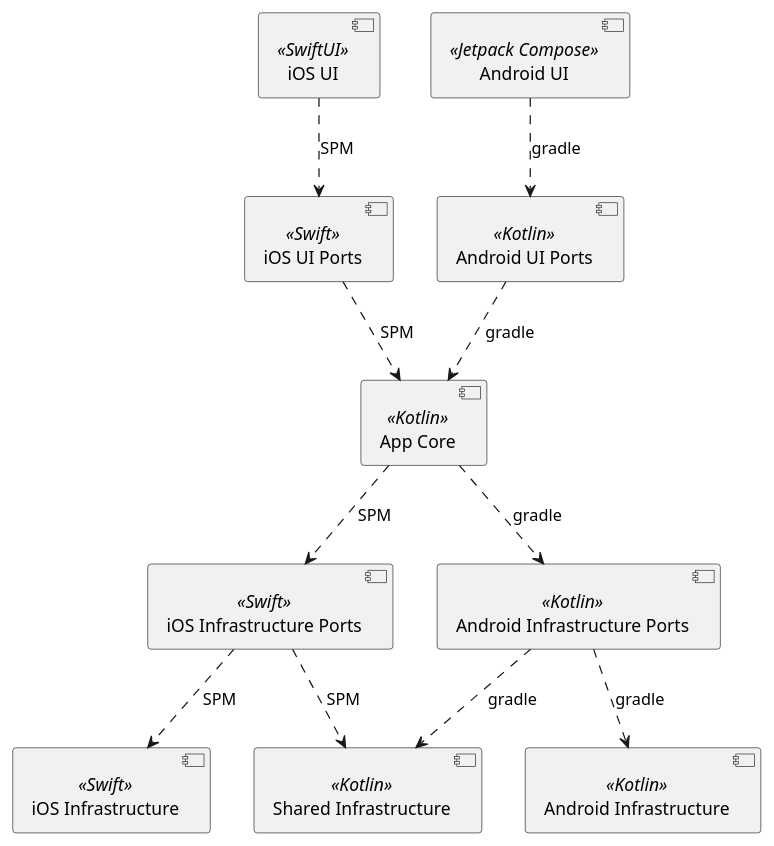
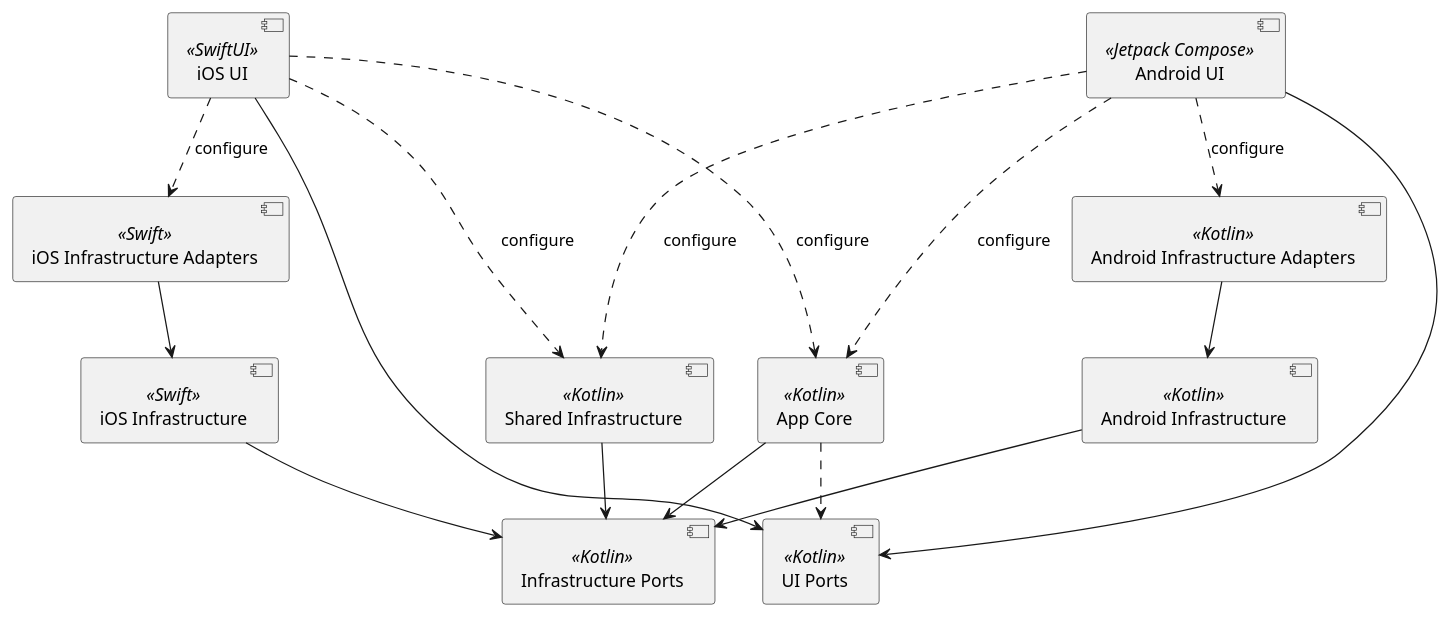
One commit to RobinNunkesser/plantuml changed the diagram in poetrycrosshexagonal.pu. Above: the diagram before and after it, drawn with PlantUML.

Commit message:
New version

```diff
--- a/poetrycrosshexagonal.pu
+++ b/poetrycrosshexagonal.pu
@@ -1,25 +1,35 @@
 @startuml
 
+together {
 [iOS UI] as UI1 <<SwiftUI>>
+[iOS Infrastructure] as Infra3 <<Swift>>
+[iOS Infrastructure Adapters] as Adapt1 <<Swift>>
+}
+together {
+[App Core] as Core <<Kotlin>>
+[UI Ports] as Ports4 <<Kotlin>>
+[Infrastructure Ports] as Ports3 <<Kotlin>>
+[Shared Infrastructure] as Infra1 <<Kotlin>>
+}
+together {
 [Android UI] as UI2 <<Jetpack Compose>>
-[App Core] as Core <<Kotlin>>
-[Shared Infrastructure] as Infra1 <<Kotlin>>
 [Android Infrastructure] as Infra2 <<Kotlin>>
-[iOS Infrastructure] as Infra3 <<Swift>>
-[iOS Infrastructure Ports] as Ports1 <<Swift>>
-[iOS UI Ports] as Ports2 <<Swift>>
-[Android Infrastructure Ports] as Ports3 <<Kotlin>>
-[Android UI Ports] as Ports4 <<Kotlin>>
+[Android Infrastructure Adapters] as Adapt2 <<Kotlin>>
+}
 
-
-UI1 ..> Ports2 : SPM
-UI2 ..> Ports4 : gradle
-Ports2 ..> Core : SPM
-Ports4 ..> Core : gradle
-Core ..> Ports1 : SPM
-Core ..> Ports3 : gradle
-Ports1 ..> Infra1 : SPM
-Ports1 ..> Infra3 : SPM
-Ports3 ..> Infra1 : gradle
-Ports3 ..> Infra2 : gradle
+UI1 --> Ports4 
+UI2 --> Ports4 
+UI1 ..> Core : configure
+UI2 ..> Core : configure
+UI1 ..> Adapt1 : configure
+UI2 ..> Adapt2 : configure
+UI1 ..> Infra1 : configure
+UI2 ..> Infra1 : configure
+Core ..> Ports4
+Core --> Ports3 
+Infra1 --> Ports3
+Infra3 --> Ports3
+Infra2 --> Ports3
+Adapt1 --> Infra3
+Adapt2 --> Infra2
 @enduml
```
